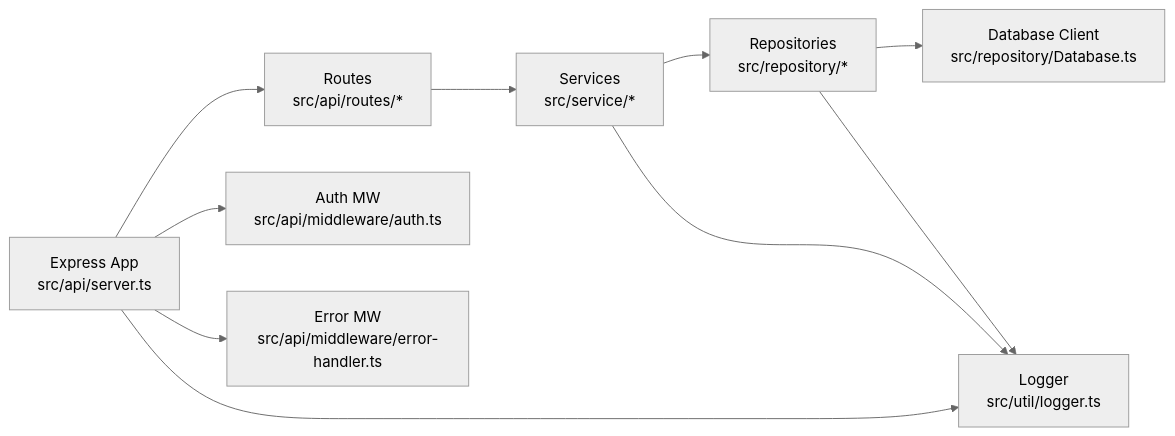
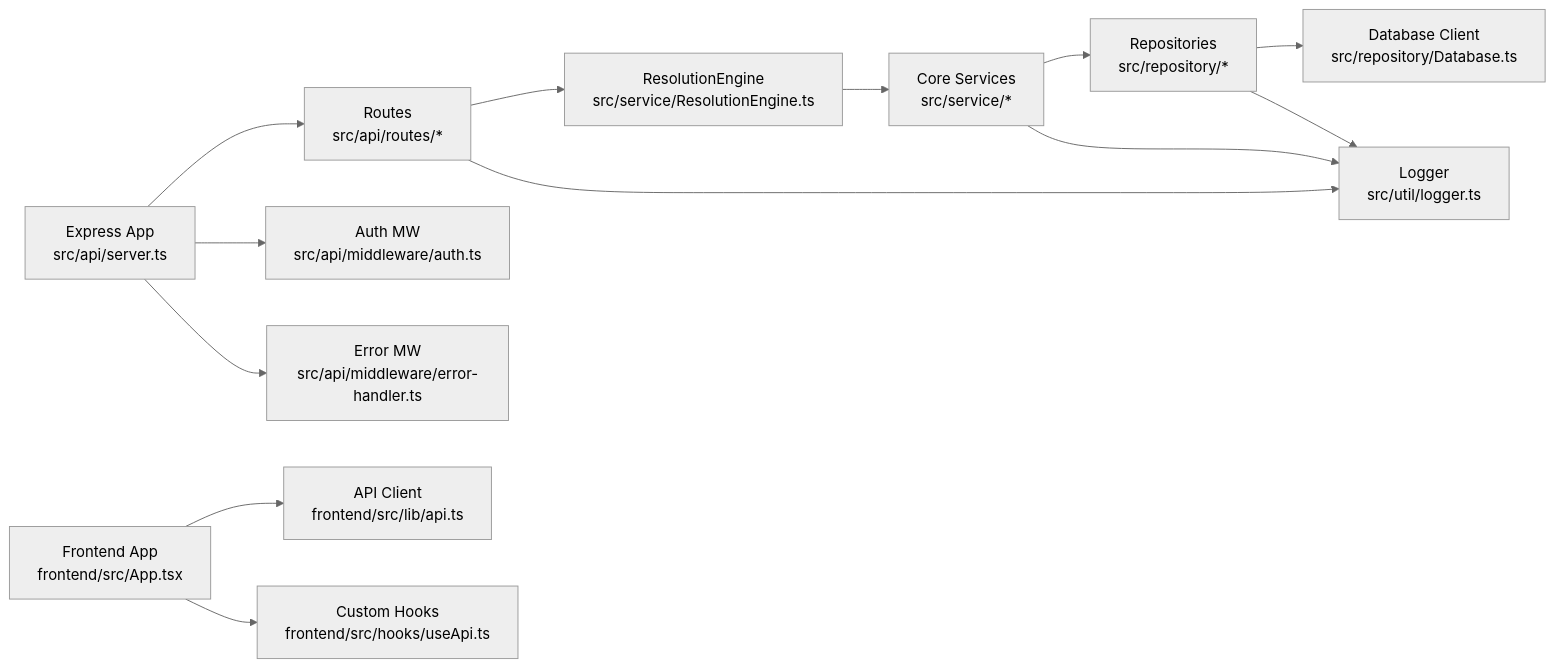
One commit to vishnusaibhosekar/ares changed the eighth of 9 diagrams in .qoder/repowiki/en/content/Architecture Overview.md. Above: the diagram before and after it, drawn with Mermaid (neutral theme). The commit also changed other lines of this file and 21 other files, not shown here.

````diff
--- a/.qoder/repowiki/en/content/Architecture Overview.md
+++ b/.qoder/repowiki/en/content/Architecture Overview.md
@@ -315,12 +576,15 @@
 ```mermaid
 graph LR
 Express["Express App<br/>src/api/server.ts"] --> Routes["Routes<br/>src/api/routes/*"]
 Express --> MWAuth["Auth MW<br/>src/api/middleware/auth.ts"]
 Express --> MWErr["Error MW<br/>src/api/middleware/error-handler.ts"]
-Routes --> Services["Services<br/>src/service/*"]
+Routes --> ResolutionEngine["ResolutionEngine<br/>src/service/ResolutionEngine.ts"]
+ResolutionEngine --> Services["Core Services<br/>src/service/*"]
 Services --> Repos["Repositories<br/>src/repository/*"]
 Repos --> DBClient["Database Client<br/>src/repository/Database.ts"]
-Express --> Logger["Logger<br/>src/util/logger.ts"]
+Routes --> Logger["Logger<br/>src/util/logger.ts"]
 Services --> Logger
 Repos --> Logger
+Frontend["Frontend App<br/>frontend/src/App.tsx"] --> APIClient["API Client<br/>frontend/src/lib/api.ts"]
+Frontend --> Hooks["Custom Hooks<br/>frontend/src/hooks/useApi.ts"]
 ```
````
